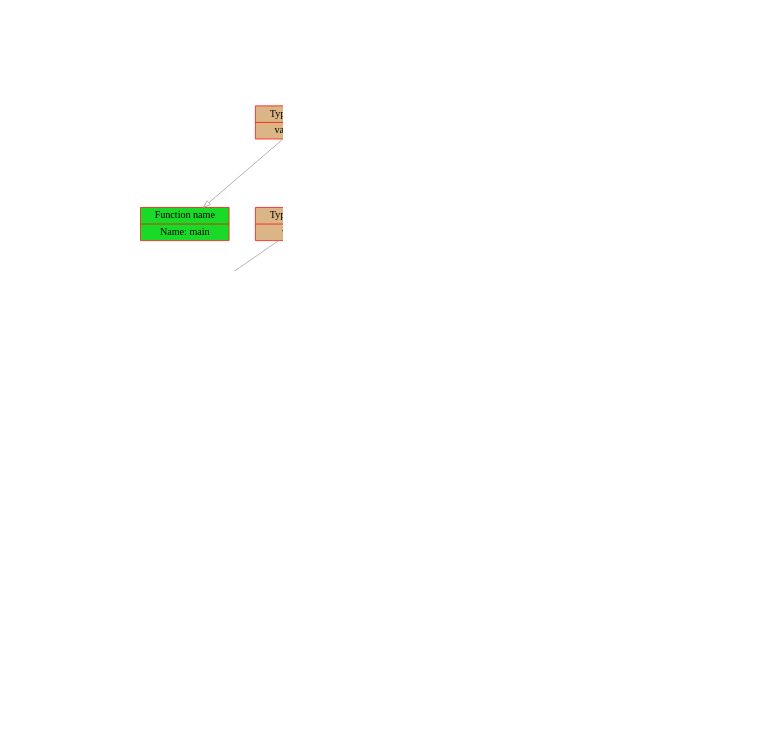
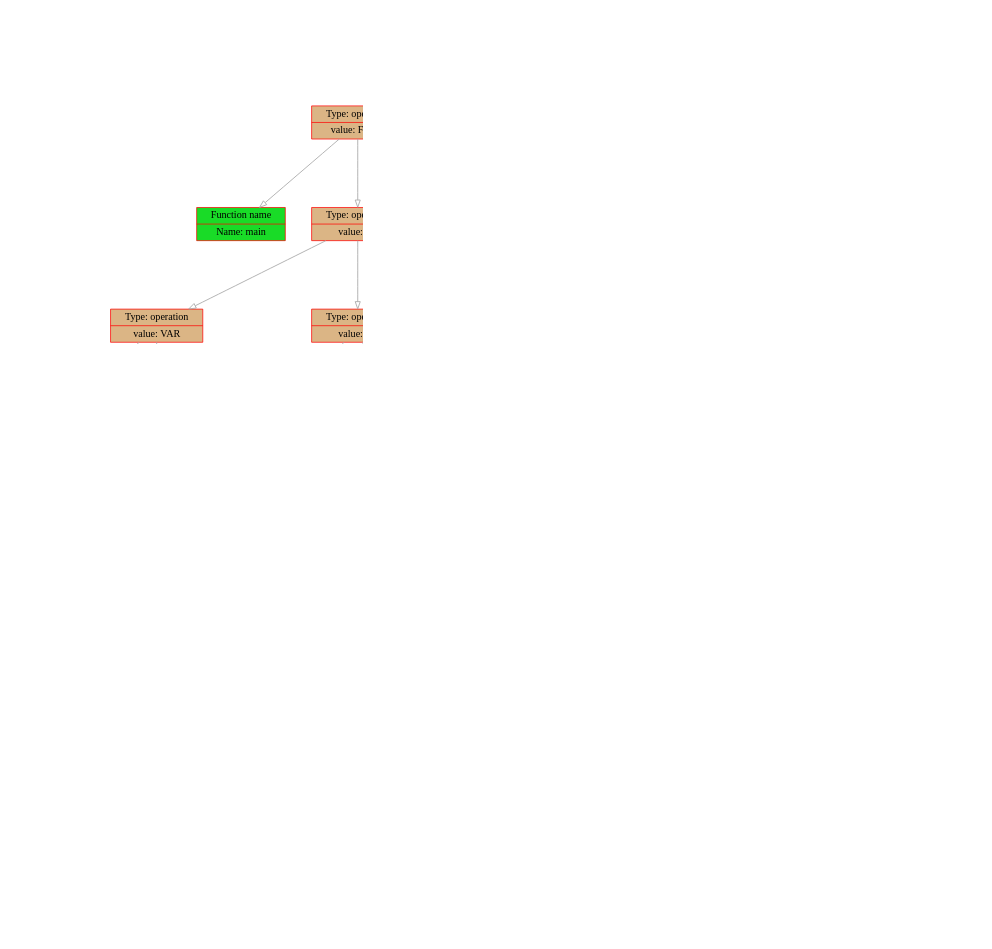
One commit to dodokek/ProgrammingLanguage changed the diagram in backend/data/graph.dot. Above: the diagram before and after it, drawn with Graphviz. The commit also changed 13 other files, not shown here.

```diff
--- a/backend/data/graph.dot
+++ b/backend/data/graph.dot
@@ -1,100 +1,121 @@
 
     digraph g {
         dpi      = 200;
         fontname = "Comic Sans MS";
         fontsize = 20;
         rankdir   =  TB;
         edge [color = darkgrey, arrowhead = onormal, arrowsize = 1, penwidth = 1.2]
         graph[fillcolor = lightgreen, ranksep = 1.3, nodesep = 0.5,
         style = "rounded, filled",color = green, penwidth = 2]
 
-    Node000001737903ccc0[shape=record, width=0.2, style="filled", color="red", fillcolor="#DBB585",label=" {Type: operation | value: ST}"] 
+    Node0000019fd139bd00[shape=record, width=0.2, style="filled", color="red", fillcolor="#DBB585",label=" {Type: operation | value: ST}"] 
  
-Node000001737903cdb0[shape=record, width=0.2, style="filled", color="red", fillcolor="#DBB585",label=" {Type: operation | value: FUNC}"] 
+Node0000019fd139b440[shape=record, width=0.2, style="filled", color="red", fillcolor="#DBB585",label=" {Type: operation | value: FUNC}"] 
  
-Node0000017379031cc0[shape=record, width=0.2, style="filled", color="red", fillcolor="#19DB27",label=" {Function name | Name: main}"] 
+Node0000019fd1391cc0[shape=record, width=0.2, style="filled", color="red", fillcolor="#19DB27",label=" {Function name | Name: main}"] 
  
-Node000001737903ca00[shape=record, width=0.2, style="filled", color="red", fillcolor="#DBB585",label=" {Type: operation | value: ST}"] 
+Node0000019fd139b5f0[shape=record, width=0.2, style="filled", color="red", fillcolor="#DBB585",label=" {Type: operation | value: ST}"] 
  
-Node0000017379031d50[shape=record, width=0.2, style="filled", color="red", fillcolor="#DBB585",label=" {Type: operation | value: VAR}"] 
+Node0000019fd1391d50[shape=record, width=0.2, style="filled", color="red", fillcolor="#DBB585",label=" {Type: operation | value: VAR}"] 
  
-Node0000017379031cf0[shape=record, width=0.2, style="filled", color="red", fillcolor="#19DB27",label=" {Type: variable | value: bebra}"] 
+Node0000019fd1391cf0[shape=record, width=0.2, style="filled", color="red", fillcolor="#19DB27",label=" {Type: variable | value: bebra}"] 
  
-Node0000017379031d20[shape=record, width=0.2, style="filled", color="red", fillcolor="#DB8E21",label=" {Type: number | value: 10}"] 
+Node0000019fd1391d20[shape=record, width=0.2, style="filled", color="red", fillcolor="#DB8E21",label=" {Type: number | value: 10}"] 
  
-Node000001737903c9d0[shape=record, width=0.2, style="filled", color="red", fillcolor="#DBB585",label=" {Type: operation | value: ST}"] 
+Node0000019fd139b320[shape=record, width=0.2, style="filled", color="red", fillcolor="#DBB585",label=" {Type: operation | value: ST}"] 
  
-Node000001737903c8e0[shape=record, width=0.2, style="filled", color="red", fillcolor="#DBB585",label=" {Type: operation | value: CALL}"] 
+Node0000019fd14d3e70[shape=record, width=0.2, style="filled", color="red", fillcolor="#DBB585",label=" {Type: operation | value: VAR}"] 
  
-Node0000017379031d80[shape=record, width=0.2, style="filled", color="red", fillcolor="#19DB27",label=" {Function name | Name: fak}"] 
+Node0000019fd1391d80[shape=record, width=0.2, style="filled", color="red", fillcolor="#19DB27",label=" {Type: variable | value: bebra}"] 
  
-Node000001737903c8b0[shape=record, width=0.2, style="filled", color="red", fillcolor="#DBB585",label=" {Type: operation | value: PARAM}"] 
+Node0000019fd1391db0[shape=record, width=0.2, style="filled", color="red", fillcolor="#DB8E21",label=" {Type: number | value: 5}"] 
  
-Node0000017379031db0[shape=record, width=0.2, style="filled", color="red", fillcolor="#19DB27",label=" {Type: variable | value: bebra}"] 
+Node0000019fd139b4d0[shape=record, width=0.2, style="filled", color="red", fillcolor="#DBB585",label=" {Type: operation | value: ST}"] 
  
-Node000001737903c9a0[shape=record, width=0.2, style="filled", color="red", fillcolor="#DBB585",label=" {Type: operation | value: ST}"] 
+Node0000019fd14d3f30[shape=record, width=0.2, style="filled", color="red", fillcolor="#DBB585",label=" {Type: operation | value: CALL}"] 
  
-Node000001737903c970[shape=record, width=0.2, style="filled", color="red", fillcolor="#DBB585",label=" {Type: operation | value: RET}"] 
+Node0000019fd14d3ea0[shape=record, width=0.2, style="filled", color="red", fillcolor="#19DB27",label=" {Function name | Name: fak}"] 
  
-Node000001737903c940[shape=record, width=0.2, style="filled", color="red", fillcolor="#DBB585",label=" {Type: operation | value: PARAM}"] 
+Node0000019fd14d3f00[shape=record, width=0.2, style="filled", color="red", fillcolor="#DBB585",label=" {Type: operation | value: PARAM}"] 
  
-Node000001737903c910[shape=record, width=0.2, style="filled", color="red", fillcolor="#19DB27",label=" {Type: variable | value: bebra}"] 
+Node0000019fd14d3ed0[shape=record, width=0.2, style="filled", color="red", fillcolor="#19DB27",label=" {Type: variable | value: bebra}"] 
  
-Node000001737903cc90[shape=record, width=0.2, style="filled", color="red", fillcolor="#DBB585",label=" {Type: operation | value: ST}"] 
+Node0000019fd139b380[shape=record, width=0.2, style="filled", color="red", fillcolor="#DBB585",label=" {Type: operation | value: ST}"] 
  
-Node000001737903cd80[shape=record, width=0.2, style="filled", color="red", fillcolor="#DBB585",label=" {Type: operation | value: FUNC}"] 
+Node0000019fd139b210[shape=record, width=0.2, style="filled", color="red", fillcolor="#DBB585",label=" {Type: operation | value: VAR}"] 
  
-Node000001737903cd20[shape=record, width=0.2, style="filled", color="red", fillcolor="#19DB27",label=" {Function name | Name: fak}"] 
+Node0000019fd14d3f60[shape=record, width=0.2, style="filled", color="red", fillcolor="#19DB27",label=" {Type: variable | value: sosiska}"] 
  
-Node000001737903cde0[shape=record, width=0.2, style="filled", color="red", fillcolor="#DBB585",label=" {Type: operation | value: ST}"] 
+Node0000019fd14d3f90[shape=record, width=0.2, style="filled", color="red", fillcolor="#DB8E21",label=" {Type: number | value: 5}"] 
  
-Node000001737903cb40[shape=record, width=0.2, style="filled", color="red", fillcolor="#DBB585",label=" {Type: operation | value: VAR}"] 
+Node0000019fd139b5c0[shape=record, width=0.2, style="filled", color="red", fillcolor="#DBB585",label=" {Type: operation | value: ST}"] 
  
-Node000001737903ccf0[shape=record, width=0.2, style="filled", color="red", fillcolor="#19DB27",label=" {Type: variable | value: schet}"] 
+Node0000019fd139b3e0[shape=record, width=0.2, style="filled", color="red", fillcolor="#DBB585",label=" {Type: operation | value: RET}"] 
  
-Node000001737903cb10[shape=record, width=0.2, style="filled", color="red", fillcolor="#DBB585",label=" {Type: operation | value: EQ}"] 
+Node0000019fd139b590[shape=record, width=0.2, style="filled", color="red", fillcolor="#DBB585",label=" {Type: operation | value: PARAM}"] 
  
-Node000001737903cc30[shape=record, width=0.2, style="filled", color="red", fillcolor="#DBB585",label=" {Type: operation | value: ADD}"] 
+Node0000019fd139b530[shape=record, width=0.2, style="filled", color="red", fillcolor="#19DB27",label=" {Type: variable | value: bebra}"] 
  
-Node000001737903cb70[shape=record, width=0.2, style="filled", color="red", fillcolor="#19DB27",label=" {Type: variable | value: schet}"] 
+Node0000019fd139bb50[shape=record, width=0.2, style="filled", color="red", fillcolor="#DBB585",label=" {Type: operation | value: ST}"] 
  
-Node000001737903cab0[shape=record, width=0.2, style="filled", color="red", fillcolor="#DB8E21",label=" {Type: number | value: 1}"] 
+Node0000019fd139ba60[shape=record, width=0.2, style="filled", color="red", fillcolor="#DBB585",label=" {Type: operation | value: FUNC}"] 
  
-Node000001737903cc00[shape=record, width=0.2, style="filled", color="red", fillcolor="#DBB585",label=" {Type: operation | value: ST}"] 
+Node0000019fd139b290[shape=record, width=0.2, style="filled", color="red", fillcolor="#19DB27",label=" {Function name | Name: fak}"] 
  
-Node000001737903cbd0[shape=record, width=0.2, style="filled", color="red", fillcolor="#DBB585",label=" {Type: operation | value: RET}"] 
+Node0000019fd139b820[shape=record, width=0.2, style="filled", color="red", fillcolor="#DBB585",label=" {Type: operation | value: ST}"] 
  
-Node000001737903cc60[shape=record, width=0.2, style="filled", color="red", fillcolor="#DBB585",label=" {Type: operation | value: PARAM}"] 
+Node0000019fd139b350[shape=record, width=0.2, style="filled", color="red", fillcolor="#DBB585",label=" {Type: operation | value: VAR}"] 
  
-Node000001737903cba0[shape=record, width=0.2, style="filled", color="red", fillcolor="#19DB27",label=" {Type: variable | value: schet}"] 
+Node0000019fd139b4a0[shape=record, width=0.2, style="filled", color="red", fillcolor="#19DB27",label=" {Type: variable | value: schet}"] 
  
-Node000001737903ccc0->Node000001737903cdb0
-Node000001737903cdb0->Node0000017379031cc0
-Node000001737903cdb0->Node000001737903ca00
-Node000001737903ca00->Node0000017379031d50
-Node0000017379031d50->Node0000017379031cf0
-Node0000017379031d50->Node0000017379031d20
-Node000001737903ca00->Node000001737903c9d0
-Node000001737903c9d0->Node000001737903c8e0
-Node000001737903c8e0->Node0000017379031d80
-Node000001737903c8e0->Node000001737903c8b0
-Node000001737903c8b0->Node0000017379031db0
-Node000001737903c9d0->Node000001737903c9a0
-Node000001737903c9a0->Node000001737903c970
-Node000001737903c970->Node000001737903c940
-Node000001737903c940->Node000001737903c910
-Node000001737903ccc0->Node000001737903cc90
-Node000001737903cc90->Node000001737903cd80
-Node000001737903cd80->Node000001737903cd20
-Node000001737903cd80->Node000001737903cde0
-Node000001737903cde0->Node000001737903cb40
-Node000001737903cb40->Node000001737903ccf0
-Node000001737903cb40->Node000001737903cb10
-Node000001737903cb10->Node000001737903cc30
-Node000001737903cc30->Node000001737903cb70
-Node000001737903cc30->Node000001737903cab0
-Node000001737903cde0->Node000001737903cc00
-Node000001737903cc00->Node000001737903cbd0
-Node000001737903cbd0->Node000001737903cc60
-Node000001737903cc60->Node000001737903cba0
+Node0000019fd139b2f0[shape=record, width=0.2, style="filled", color="red", fillcolor="#DBB585",label=" {Type: operation | value: SUB}"] 
+ 
+Node0000019fd139b560[shape=record, width=0.2, style="filled", color="red", fillcolor="#19DB27",label=" {Type: variable | value: schet}"] 
+ 
+Node0000019fd139b2c0[shape=record, width=0.2, style="filled", color="red", fillcolor="#DB8E21",label=" {Type: number | value: 1}"] 
+ 
+Node0000019fd139b500[shape=record, width=0.2, style="filled", color="red", fillcolor="#DBB585",label=" {Type: operation | value: ST}"] 
+ 
+Node0000019fd139b470[shape=record, width=0.2, style="filled", color="red", fillcolor="#DBB585",label=" {Type: operation | value: RET}"] 
+ 
+Node0000019fd139b410[shape=record, width=0.2, style="filled", color="red", fillcolor="#DBB585",label=" {Type: operation | value: PARAM}"] 
+ 
+Node0000019fd139b3b0[shape=record, width=0.2, style="filled", color="red", fillcolor="#19DB27",label=" {Type: variable | value: schet}"] 
+ 
+Node0000019fd139bd00->Node0000019fd139b440
+Node0000019fd139b440->Node0000019fd1391cc0
+Node0000019fd139b440->Node0000019fd139b5f0
+Node0000019fd139b5f0->Node0000019fd1391d50
+Node0000019fd1391d50->Node0000019fd1391cf0
+Node0000019fd1391d50->Node0000019fd1391d20
+Node0000019fd139b5f0->Node0000019fd139b320
+Node0000019fd139b320->Node0000019fd14d3e70
+Node0000019fd14d3e70->Node0000019fd1391d80
+Node0000019fd14d3e70->Node0000019fd1391db0
+Node0000019fd139b320->Node0000019fd139b4d0
+Node0000019fd139b4d0->Node0000019fd14d3f30
+Node0000019fd14d3f30->Node0000019fd14d3ea0
+Node0000019fd14d3f30->Node0000019fd14d3f00
+Node0000019fd14d3f00->Node0000019fd14d3ed0
+Node0000019fd139b4d0->Node0000019fd139b380
+Node0000019fd139b380->Node0000019fd139b210
+Node0000019fd139b210->Node0000019fd14d3f60
+Node0000019fd139b210->Node0000019fd14d3f90
+Node0000019fd139b380->Node0000019fd139b5c0
+Node0000019fd139b5c0->Node0000019fd139b3e0
+Node0000019fd139b3e0->Node0000019fd139b590
+Node0000019fd139b590->Node0000019fd139b530
+Node0000019fd139bd00->Node0000019fd139bb50
+Node0000019fd139bb50->Node0000019fd139ba60
+Node0000019fd139ba60->Node0000019fd139b290
+Node0000019fd139ba60->Node0000019fd139b820
+Node0000019fd139b820->Node0000019fd139b350
+Node0000019fd139b350->Node0000019fd139b4a0
+Node0000019fd139b350->Node0000019fd139b2f0
+Node0000019fd139b2f0->Node0000019fd139b560
+Node0000019fd139b2f0->Node0000019fd139b2c0
+Node0000019fd139b820->Node0000019fd139b500
+Node0000019fd139b500->Node0000019fd139b470
+Node0000019fd139b470->Node0000019fd139b410
+Node0000019fd139b410->Node0000019fd139b3b0
 }
```
